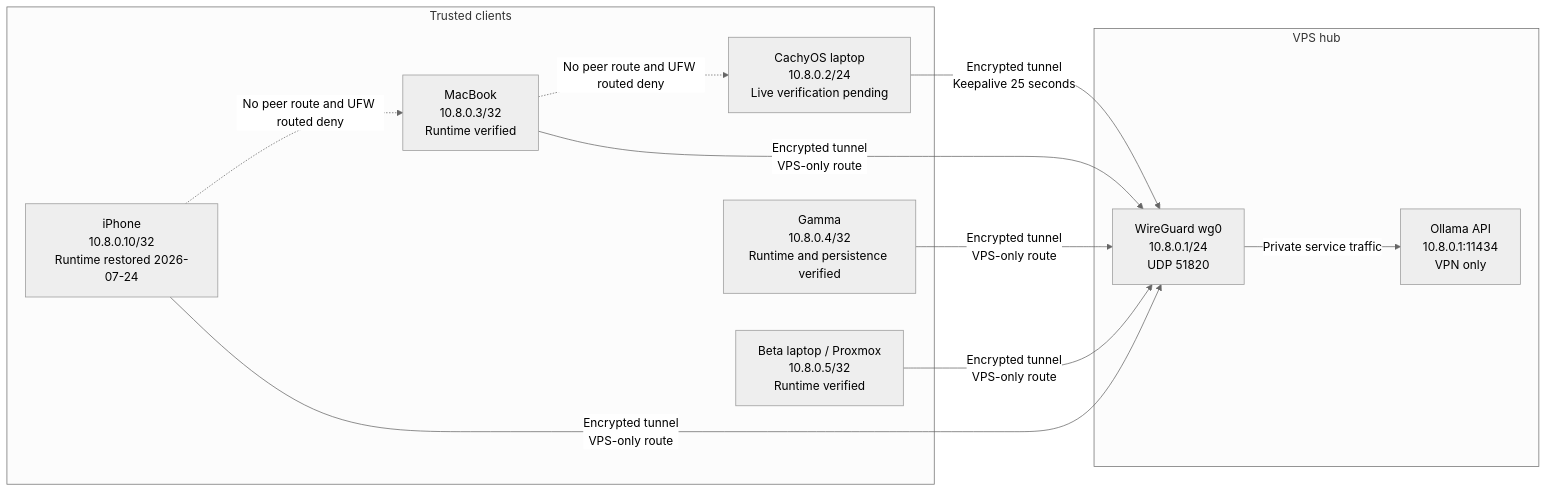
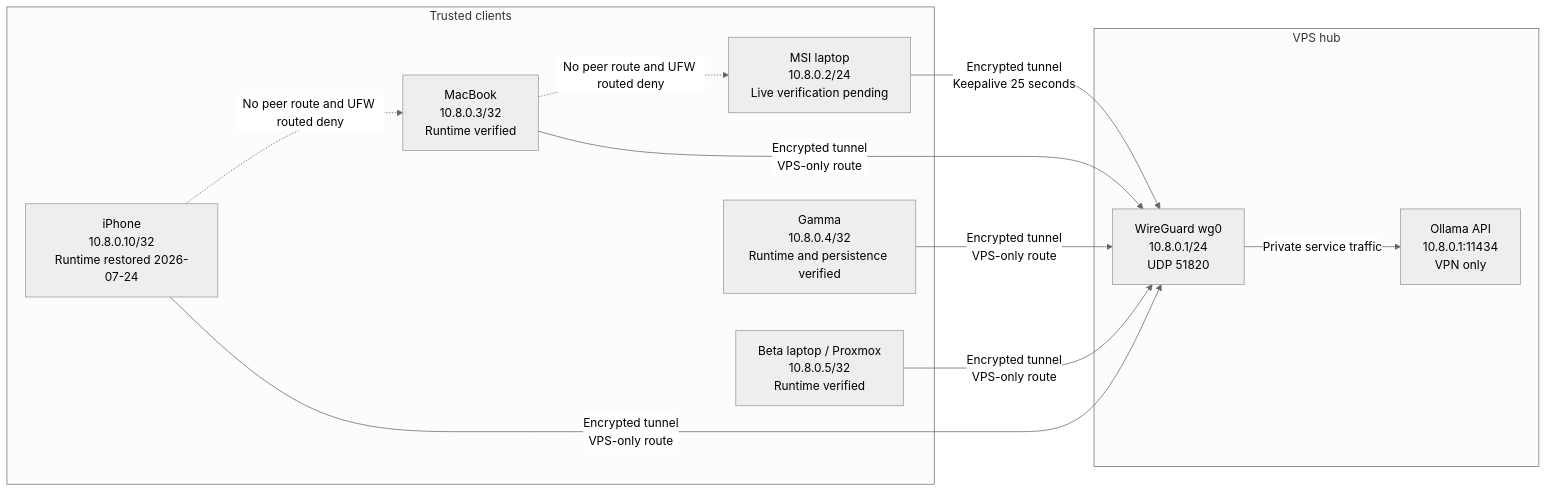
The diagram in content/docs/vps-alpha/wireguard.mdx (Manuel0516/zero-five-handbook), drawn with Mermaid (neutral theme) before and after one commit. The commit also changed other lines of this file and 4 other files, not shown here.

Commit message:
docs: document MSI laptop and rebuild state

````diff
--- a/content/docs/vps-alpha/wireguard.mdx
+++ b/content/docs/vps-alpha/wireguard.mdx
@@ -15,24 +16,24 @@
 ```mermaid
 flowchart LR
     subgraph clients["Trusted clients"]
-        cachyos["CachyOS laptop<br/>10.8.0.2/24<br/>Live verification pending"]
+        cachyos["MSI laptop<br/>10.8.0.2/24<br/>Live verification pending"]
         macbook["MacBook<br/>10.8.0.3/32<br/>Runtime verified"]
         gamma["Gamma<br/>10.8.0.4/32<br/>Runtime and persistence verified"]
         beta["Beta laptop / Proxmox<br/>10.8.0.5/32<br/>Runtime verified"]
         iphone["iPhone<br/>10.8.0.10/32<br/>Runtime restored 2026-07-24"]
     end
 
     subgraph vps["VPS hub"]
         wg["WireGuard wg0<br/>10.8.0.1/24<br/>UDP 51820"]
         ollama["Ollama API<br/>10.8.0.1:11434<br/>VPN only"]
     end
 
     cachyos -->|"Encrypted tunnel<br/>Keepalive 25 seconds"| wg
     macbook -->|"Encrypted tunnel<br/>VPS-only route"| wg
     gamma -->|"Encrypted tunnel<br/>VPS-only route"| wg
     beta -->|"Encrypted tunnel<br/>VPS-only route"| wg
     iphone -->|"Encrypted tunnel<br/>VPS-only route"| wg
     wg -->|"Private service traffic"| ollama
     macbook -. "No peer route and UFW routed deny" .-> cachyos
     iphone -. "No peer route and UFW routed deny" .-> macbook
 ```
````
